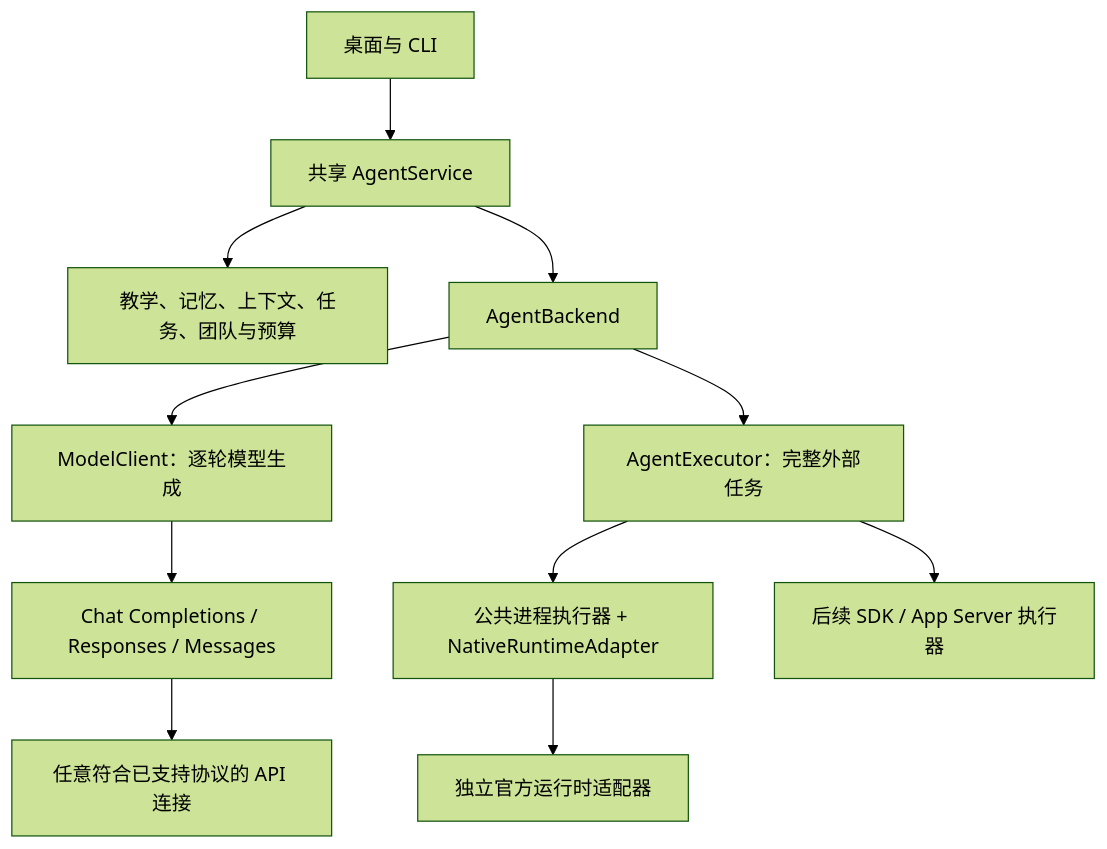
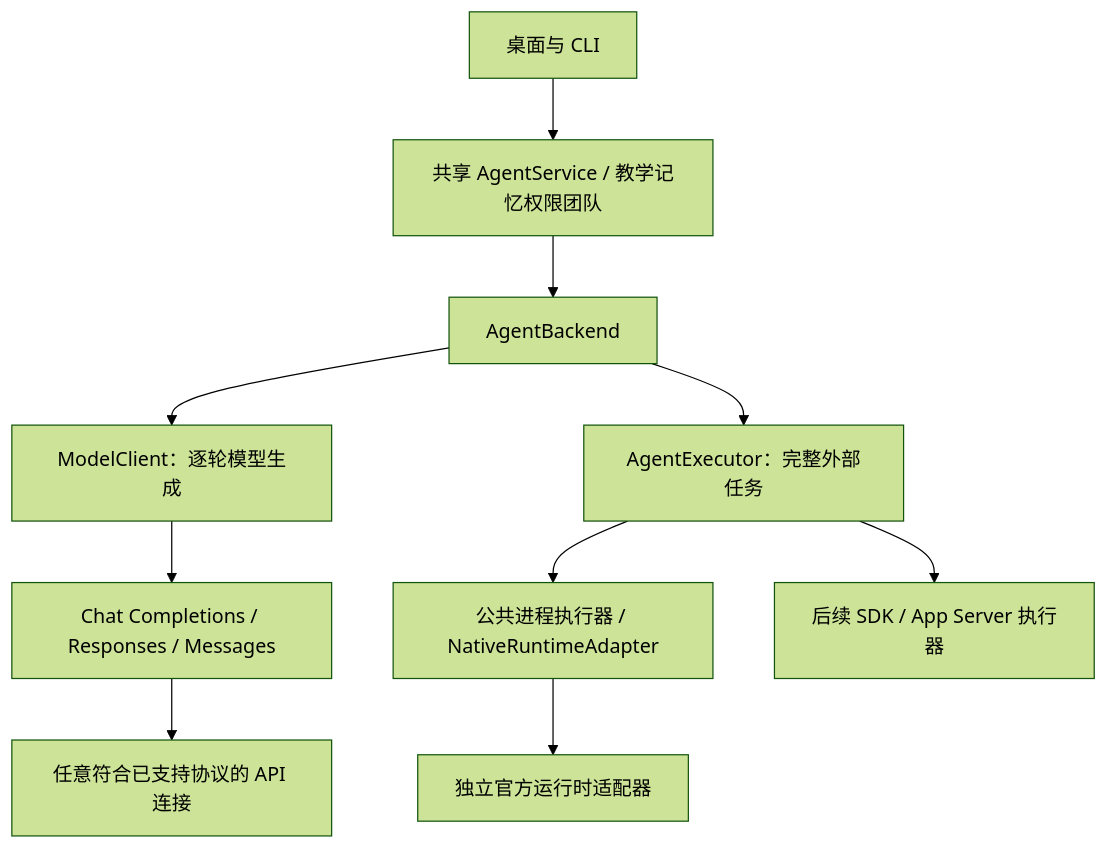
The diagram in docs/provider-architecture.md (muzigef/zhixing), drawn with Mermaid (forest theme) before and after one commit. The commit also changed other lines of this file and 135 other files, not shown here.

````diff
--- a/docs/provider-architecture.md
+++ b/docs/provider-architecture.md
@@ -5,13 +6,12 @@
 ```mermaid
 flowchart TD
-  UI[桌面与 CLI] --> Service[共享 AgentService]
-  Service --> State[教学、记忆、上下文、任务、团队与预算]
+  UI[桌面与 CLI] --> Service[共享 AgentService / 教学记忆权限团队]
   Service --> Backend[AgentBackend]
   Backend --> Model[ModelClient：逐轮模型生成]
   Backend --> Agent[AgentExecutor：完整外部任务]
   Model --> Protocol[Chat Completions / Responses / Messages]
   Protocol --> API[任意符合已支持协议的 API 连接]
-  Agent --> Native[公共进程执行器 + NativeRuntimeAdapter]
+  Agent --> Native[公共进程执行器 / NativeRuntimeAdapter]
   Native --> Drivers[独立官方运行时适配器]
   Agent --> Future[后续 SDK / App Server 执行器]
 ```
````
